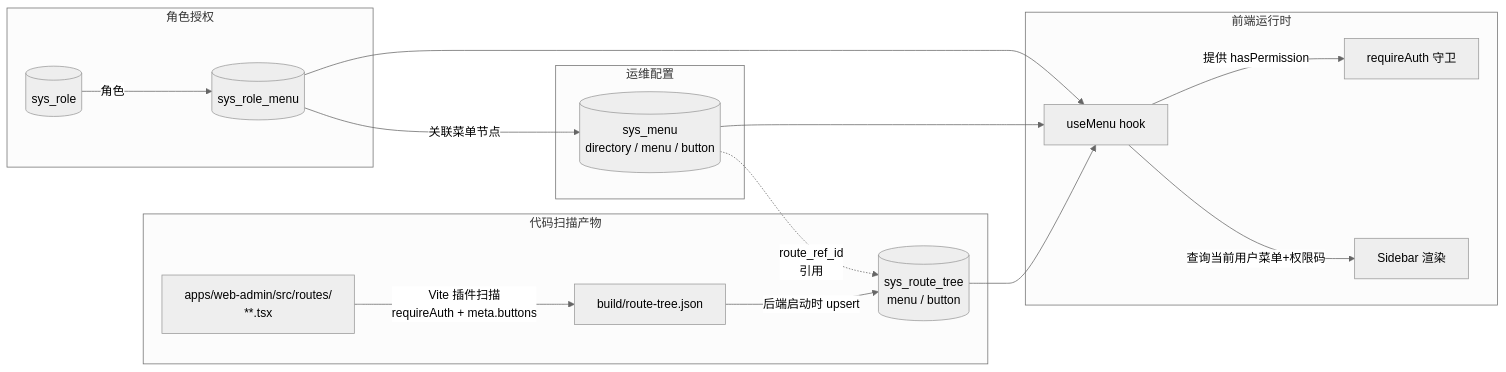
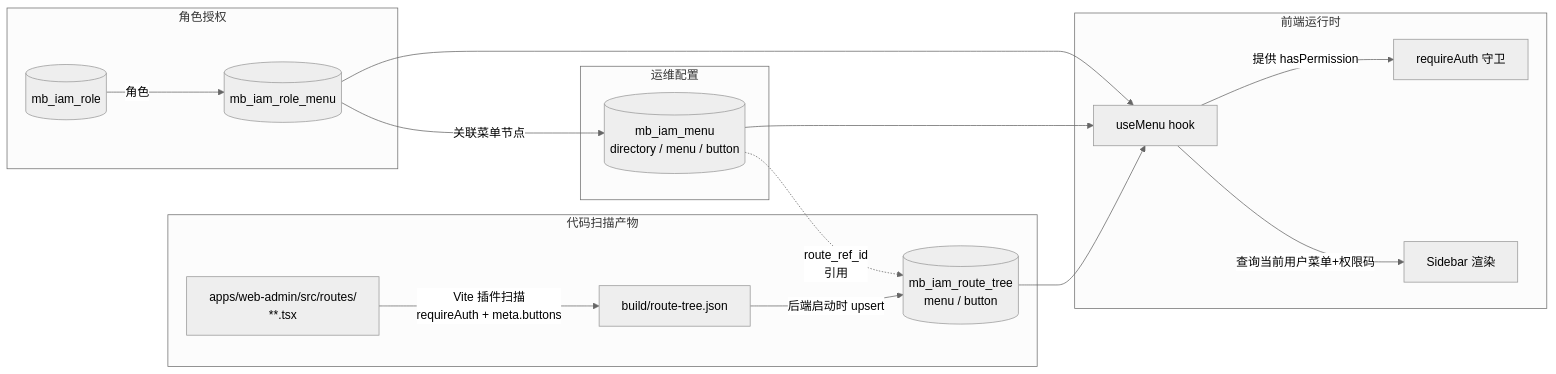
Before and after one commit to xykjlcx/meta-build: the diagram in docs/specs/frontend/07-menu-permission.md, drawn with Mermaid (neutral theme). The commit also changed other lines of this file and 21 other files, not shown here.

````diff
--- a/docs/specs/frontend/07-menu-permission.md
+++ b/docs/specs/frontend/07-menu-permission.md
@@ -100,32 +100,32 @@
 ```mermaid
 graph LR
   subgraph 代码扫描产物
     A[apps/web-admin/src/routes/<br/>**.tsx]
     A -- "Vite 插件扫描<br/>requireAuth + meta.buttons" --> B[build/route-tree.json]
-    B -- "后端启动时 upsert" --> C[(sys_route_tree<br/>menu / button)]
+    B -- "后端启动时 upsert" --> C[(mb_iam_route_tree<br/>menu / button)]
   end
 
   subgraph 运维配置
-    D[(sys_menu<br/>directory / menu / button)]
+    D[(mb_iam_menu<br/>directory / menu / button)]
     D -. "route_ref_id<br/>引用" .-> C
   end
 
   subgraph 角色授权
-    E[(sys_role)]
-    F[(sys_role_menu)]
+    E[(mb_iam_role)]
+    F[(mb_iam_role_menu)]
     E -- "角色" --> F
     F -- "关联菜单节点" --> D
   end
 
   subgraph 前端运行时
     G[useMenu hook]
     H[Sidebar 渲染]
     I[requireAuth 守卫]
     G -- "查询当前用户菜单+权限码" --> H
     G -- "提供 hasPermission" --> I
   end
 
   D --> G
   F --> G
   C --> G
 ```
````
